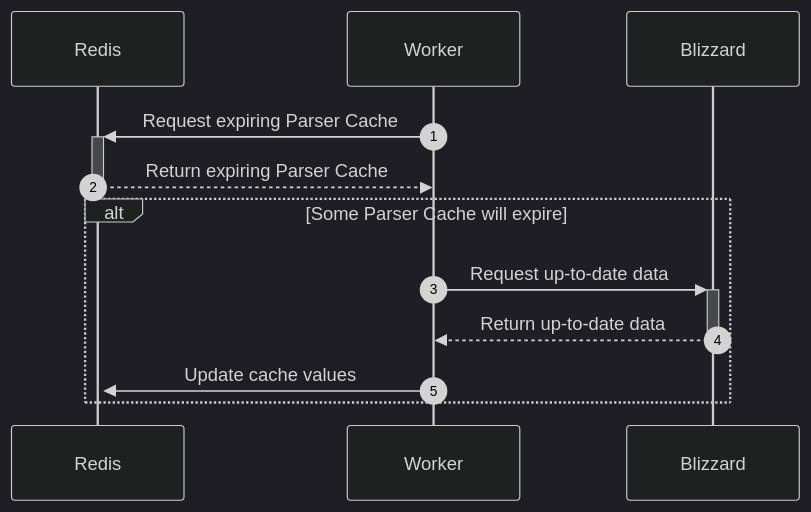
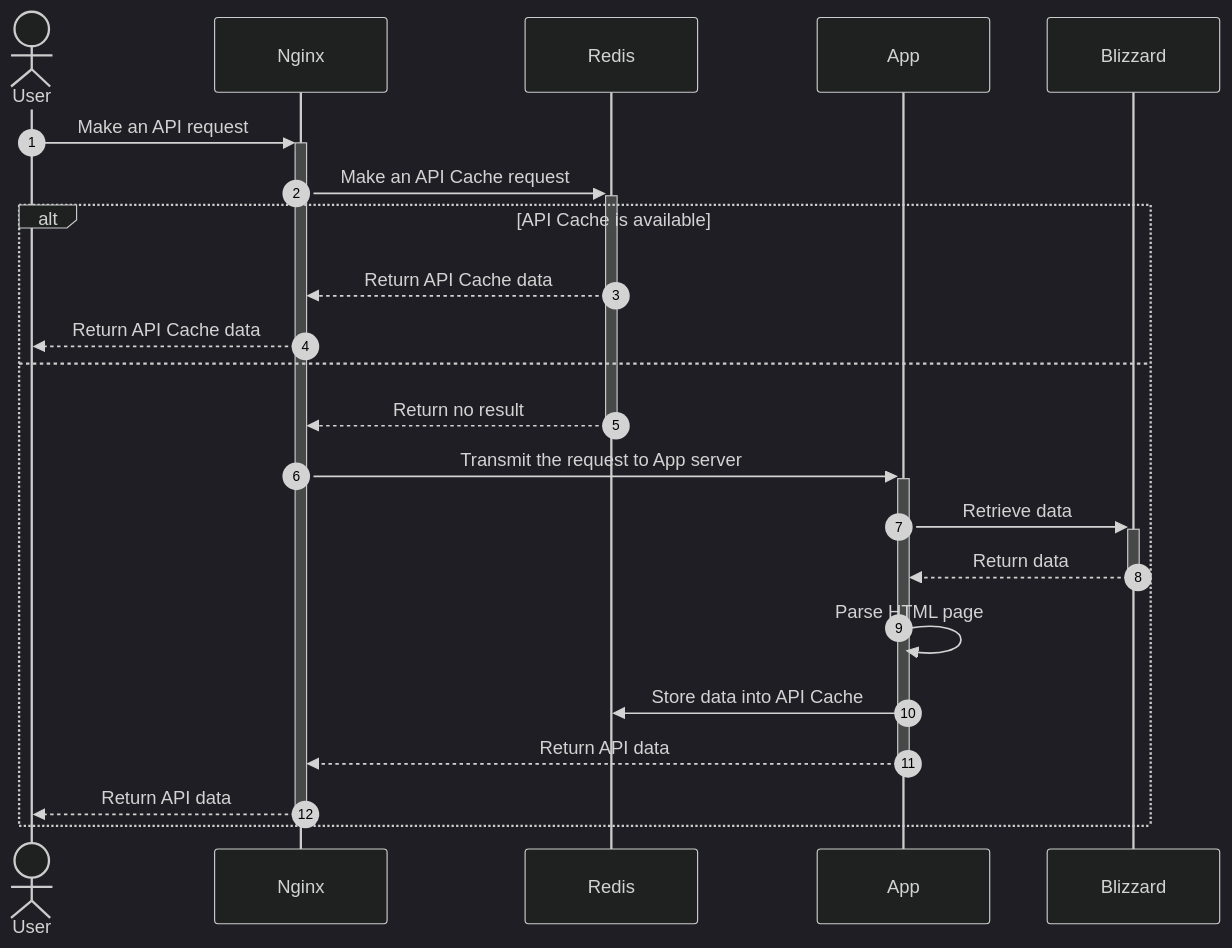
One commit to TeKrop/overfast-api changed the first of 2 diagrams in README.md. Above: the diagram before and after it, drawn with Mermaid (dark theme). The commit also changed other lines of this file and 220 other files, not shown here.

````diff
--- a/README.md
+++ b/README.md
@@ -114,14 +123,24 @@
 ```mermaid
 sequenceDiagram
     autonumber
+    actor User
+    participant Nginx
     participant Redis
-    participant Worker
+    participant App
     participant Blizzard
-    Worker->>+Redis: Request expiring Parser Cache
-    Redis-->>-Worker: Return expiring Parser Cache
-    alt Some Parser Cache will expire
-        Worker->>+Blizzard: Request up-to-date data
-        Blizzard-->>-Worker: Return up-to-date data
-        Worker->>+Redis: Update cache values
+    User->>+Nginx: Make an API request
+    Nginx->>+Redis: Make an API Cache request
+    alt API Cache is available
+        Redis-->>Nginx: Return API Cache data
+        Nginx-->>User: Return API Cache data
+    else
+        Redis-->>-Nginx: Return no result
+        Nginx->>+App: Transmit the request to App server
+        App->>+Blizzard: Retrieve data
+        Blizzard-->>-App: Return data
+        App->>App: Parse HTML page
+        App->>Redis: Store data into API Cache
+        App-->>-Nginx: Return API data
+        Nginx-->>-User: Return API data
     end
 ```
````
